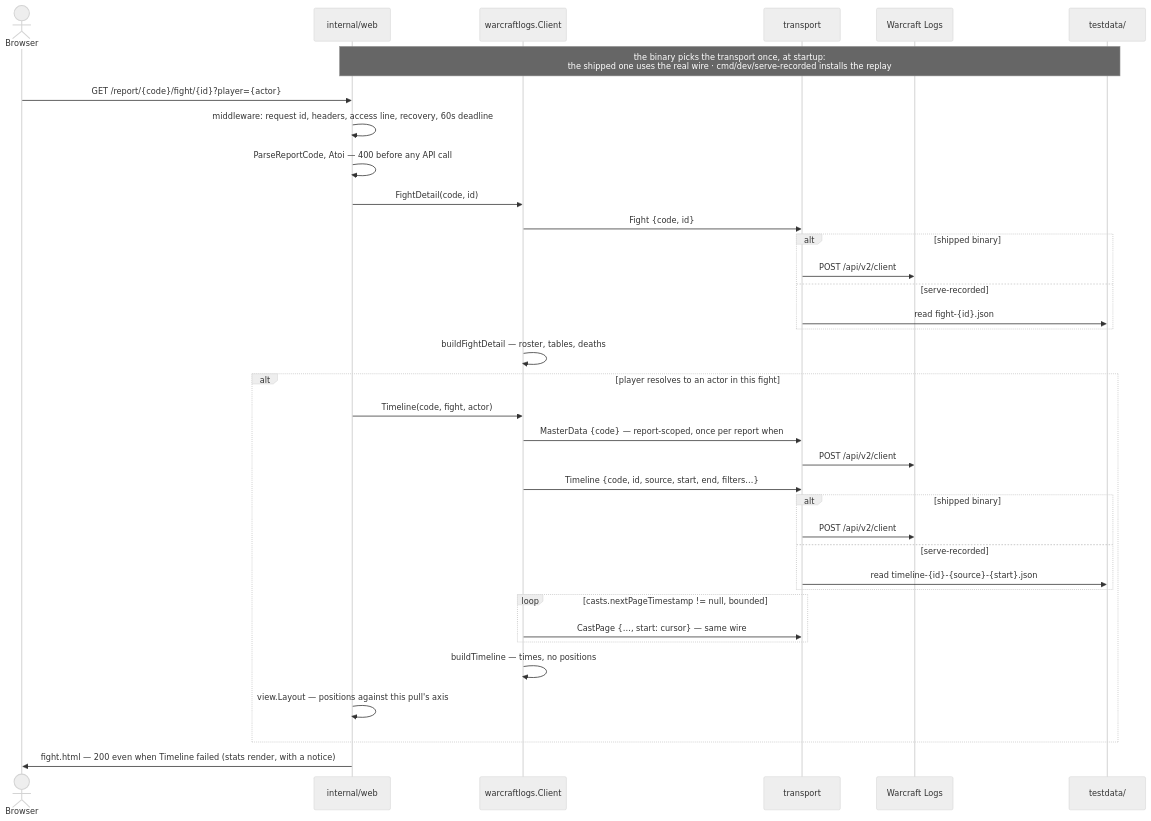
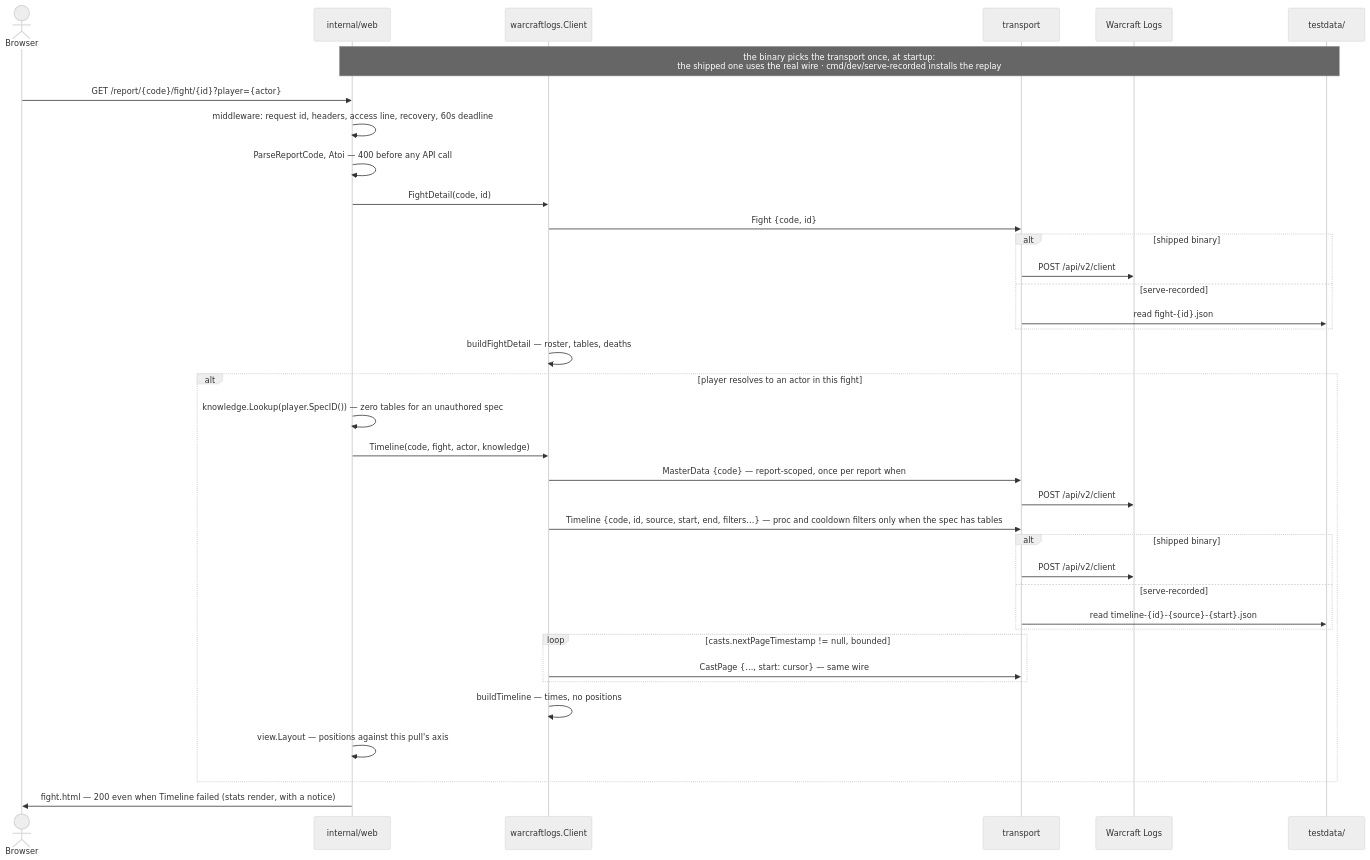
Before and after one commit to Gabriel2048/wow-insights: the third of 3 diagrams in ARCHITECTURE.md, drawn with Mermaid (neutral theme). The commit also changed other lines of this file and 27 other files, not shown here.

First line of the commit message:
Make spec knowledge data instead of package globals (#48)

````diff
--- a/ARCHITECTURE.md
+++ b/ARCHITECTURE.md
@@ -134,40 +144,41 @@
 ```mermaid
 sequenceDiagram
     actor B as Browser
     participant S as internal/web
     participant C as warcraftlogs.Client
     participant T as transport
     participant W as Warcraft Logs
     participant F as testdata/
 
     Note over S,F: the binary picks the transport once, at startup:<br/>the shipped one uses the real wire · cmd/dev/serve-recorded installs the replay
 
     B->>S: GET /report/{code}/fight/{id}?player={actor}
     S->>S: middleware: request id, headers, access line, recovery, 60s deadline
     S->>S: ParseReportCode, Atoi — 400 before any API call
     S->>C: FightDetail(code, id)
     C->>T: Fight {code, id}
     alt shipped binary
         T->>W: POST /api/v2/client
     else serve-recorded
         T->>F: read fight-{id}.json
     end
     C->>C: buildFightDetail — roster, tables, deaths
     alt player resolves to an actor in this fight
-        S->>C: Timeline(code, fight, actor)
+        S->>S: knowledge.Lookup(player.SpecID()) — zero tables for an unauthored spec
+        S->>C: Timeline(code, fight, actor, knowledge)
         C->>T: MasterData {code} — report-scoped, once per report when #2 caches
         T->>W: POST /api/v2/client
-        C->>T: Timeline {code, id, source, start, end, filters…}
+        C->>T: Timeline {code, id, source, start, end, filters…} — proc and cooldown filters only when the spec has tables
         alt shipped binary
             T->>W: POST /api/v2/client
         else serve-recorded
             T->>F: read timeline-{id}-{source}-{start}.json
         end
         loop casts.nextPageTimestamp != null, bounded
             C->>T: CastPage {…, start: cursor} — same wire
         end
         C->>C: buildTimeline — times, no positions
         S->>S: view.Layout — positions against this pull's axis
     end
     S->>B: fight.html — 200 even when Timeline failed (stats render, with a notice)
 ```
````
